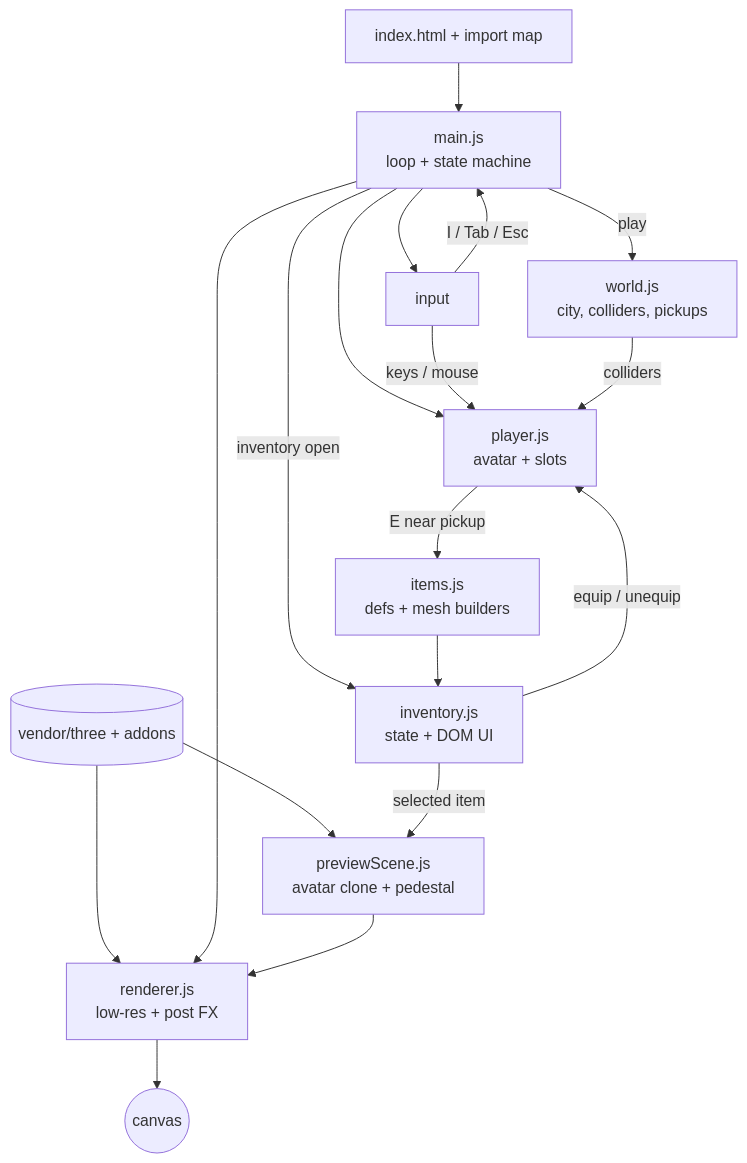
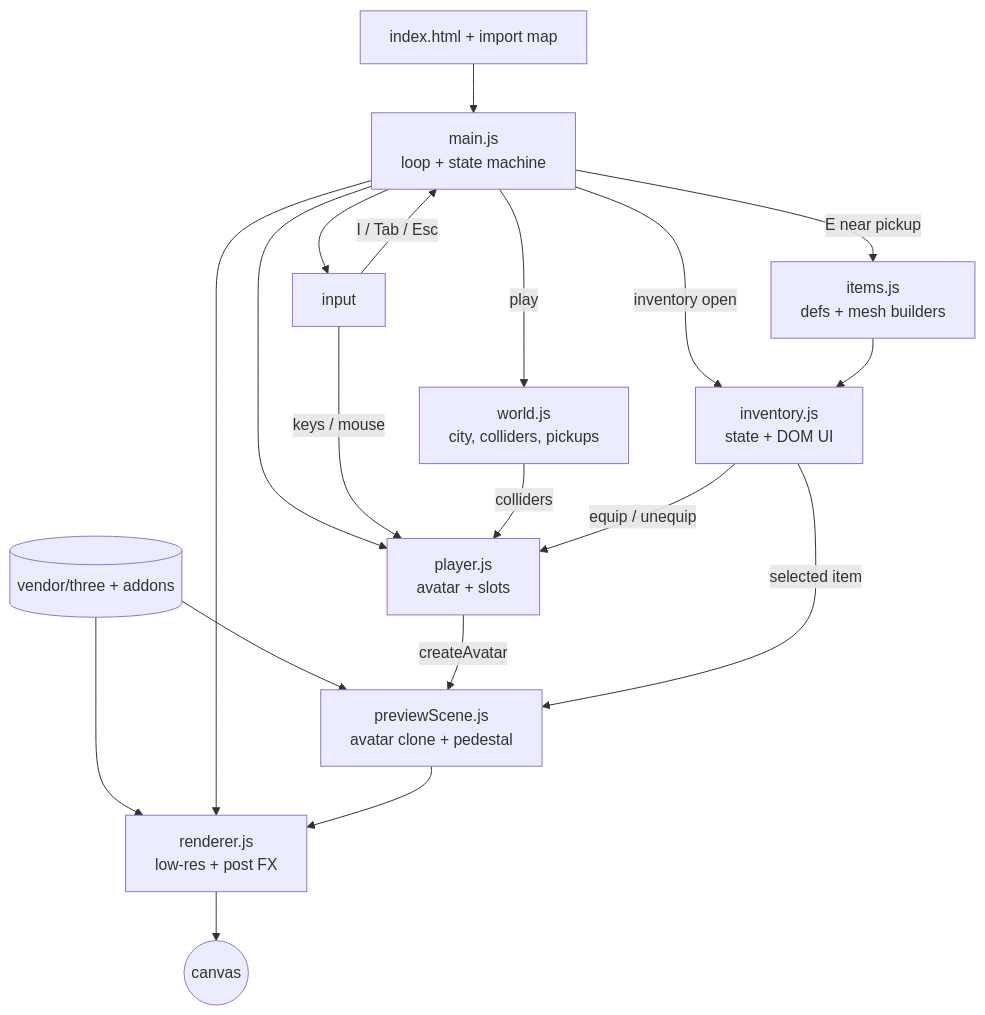
Before and after one commit to pmcder/sturdy-parakeet: the diagram in docs/architecture.md, drawn with Mermaid. The commit also changed other lines of this file, not shown here.

Commit message:
docs: update architecture for avatar reuse and pickup flow

````diff
--- a/docs/architecture.md
+++ b/docs/architecture.md
@@ -3,22 +3,23 @@
 ```mermaid
 flowchart TD
   index[index.html + import map] --> main
   vendor[(vendor/three + addons)] --> renderer
   vendor --> previewScene
 
   main[main.js<br/>loop + state machine] -->|play| world
   main --> player
   main --> input
   main --> renderer
   main -->|inventory open| inventory
 
   input -->|keys / mouse| player
   input -->|I / Tab / Esc| main
   world[world.js<br/>city, colliders, pickups] -->|colliders| player
-  player[player.js<br/>avatar + slots] -->|E near pickup| items
+  player[player.js<br/>avatar + slots] -->|createAvatar| previewScene
+  main -->|E near pickup| items
   items[items.js<br/>defs + mesh builders] --> inventory
   inventory[inventory.js<br/>state + DOM UI] -->|selected item| previewScene
   inventory -->|equip / unequip| player
   previewScene[previewScene.js<br/>avatar clone + pedestal] --> renderer
   renderer[renderer.js<br/>low-res + post FX] --> canvas((canvas))
 ```
````
